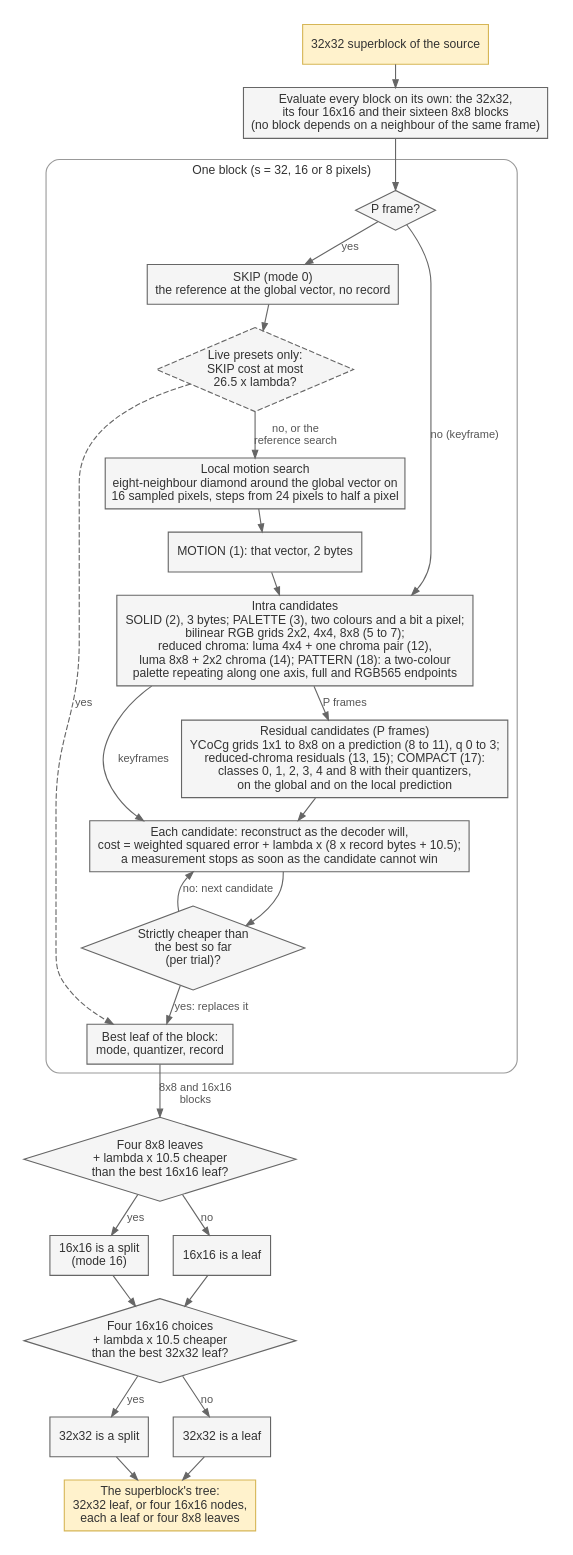
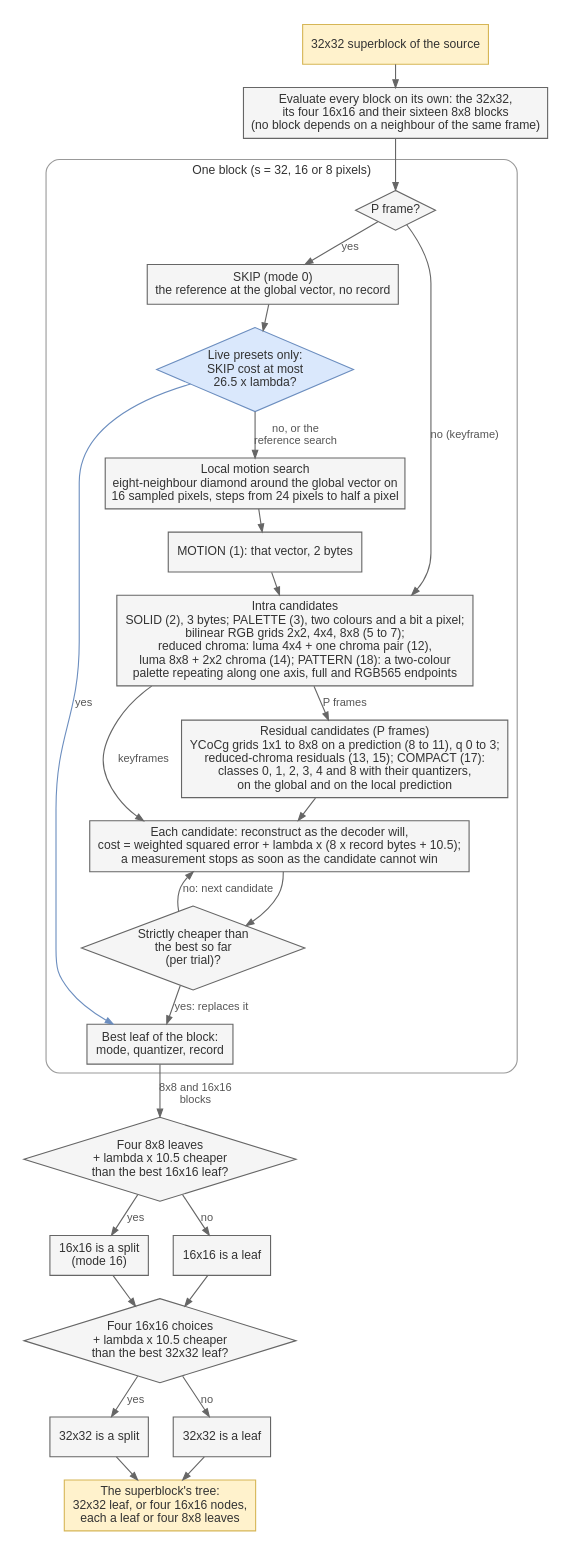
One commit to PulseBeat02/mcav changed the diagram in docs/mcv2/figures/blocktree.dot. Above: the diagram before and after it, drawn with Graphviz. The commit also changed 2 other files, not shown here.

Commit message:
MCV2 charts: dashes mean only "not verified on a vanilla client"
The block-tree chart drew the live presets' early SKIP dashed, the style the
decode chart keeps for what is unproven on a vanilla client. It is now a blue
decision, labelled and captioned as the live presets' own.

```diff
--- a/docs/mcv2/figures/blocktree.dot
+++ b/docs/mcv2/figures/blocktree.dot
@@ -1,62 +1,62 @@
 // Figure: how one 32x32 superblock arrives at its tree, and how each block of it arrives at one leaf mode.
 // BlockCoder.evaluate (the candidates, in the reference's order) and Mcv2Encoder.select (the tree, bottom up).
 digraph blocktree {
   rankdir=TB;
   bgcolor="white";
   pad=0.2;
   nodesep=0.3;
   ranksep=0.28;
   newrank=true;
   node [shape=box, style=filled, fillcolor="#f5f5f5", color="#666666", fontname="Arial", fontsize=11, fontcolor="#333333", margin="0.12,0.07"];
   edge [color="#666666", arrowsize=0.7, fontname="Arial", fontsize=10, fontcolor="#555555"];
 
   superblock [label="32x32 superblock of the source", fillcolor="#fff2cc", color="#d6b656"];
   levels [label="Evaluate every block on its own: the 32x32,\nits four 16x16 and their sixteen 8x8 blocks\n(no block depends on a neighbour of the same frame)"];
 
   subgraph cluster_block {
     label="One block (s = 32, 16 or 8 pixels)";
     fontname="Arial"; fontsize=11; fontcolor="#333333";
     style="rounded"; color="#999999";
     pframe [shape=diamond, label="P frame?", margin="0.02,0.02"];
     skip [label="SKIP (mode 0)\nthe reference at the global vector, no record"];
-    earlyskip [shape=diamond, label="Live presets only:\nSKIP cost at most\n26.5 x lambda?", margin="0.02,0.02", style="filled,dashed"];
+    earlyskip [shape=diamond, label="Live presets only:\nSKIP cost at most\n26.5 x lambda?", margin="0.02,0.02", fillcolor="#dae8fc", color="#6c8ebf"];
     local [label="Local motion search\neight-neighbour diamond around the global vector on\n16 sampled pixels, steps from 24 pixels to half a pixel"];
     motion [label="MOTION (1): that vector, 2 bytes"];
     intra [label="Intra candidates\nSOLID (2), 3 bytes; PALETTE (3), two colours and a bit a pixel;\nbilinear RGB grids 2x2, 4x4, 8x8 (5 to 7);\nreduced chroma: luma 4x4 + one chroma pair (12),\nluma 8x8 + 2x2 chroma (14); PATTERN (18): a two-colour\npalette repeating along one axis, full and RGB565 endpoints"];
     residual [label="Residual candidates (P frames)\nYCoCg grids 1x1 to 8x8 on a prediction (8 to 11), q 0 to 3;\nreduced-chroma residuals (13, 15); COMPACT (17):\nclasses 0, 1, 2, 3, 4 and 8 with their quantizers,\non the global and on the local prediction"];
     score [label="Each candidate: reconstruct as the decoder will,\ncost = weighted squared error + lambda x (8 x record bytes + 10.5);\na measurement stops as soon as the candidate cannot win"];
     best [shape=diamond, label="Strictly cheaper than\nthe best so far\n(per trial)?", margin="0.02,0.02"];
     leaf [label="Best leaf of the block:\nmode, quantizer, record"];
   }
 
   split16 [shape=diamond, label="Four 8x8 leaves\n+ lambda x 10.5 cheaper\nthan the best 16x16 leaf?", margin="0.02,0.02"];
   split32 [shape=diamond, label="Four 16x16 choices\n+ lambda x 10.5 cheaper\nthan the best 32x32 leaf?", margin="0.02,0.02"];
   node16s [label="16x16 is a split\n(mode 16)"];
   leaf16 [label="16x16 is a leaf"];
   node32s [label="32x32 is a split"];
   leaf32 [label="32x32 is a leaf"];
   result [label="The superblock's tree:\n32x32 leaf, or four 16x16 nodes,\neach a leaf or four 8x8 leaves", fillcolor="#fff2cc", color="#d6b656"];
 
   superblock -> levels -> pframe;
   pframe -> skip [label="yes"];
   pframe -> intra [label="no (keyframe)"];
   skip -> earlyskip;
-  earlyskip -> leaf [label="yes", style=dashed];
+  earlyskip -> leaf [label="yes", color="#6c8ebf"];
   earlyskip -> local [label="no, or the\nreference search"];
   local -> motion -> intra;
   intra -> residual [label="P frames"];
   residual -> score;
   intra -> score [label="keyframes"];
   score -> best;
   best -> leaf [label="yes: replaces it"];
   best -> score [label="no: next candidate"];
   leaf -> split16 [label="8x8 and 16x16\nblocks"];
   split16 -> node16s [label="yes"];
   split16 -> leaf16 [label="no"];
   node16s -> split32;
   leaf16 -> split32;
   split32 -> node32s [label="yes"];
   split32 -> leaf32 [label="no"];
   node32s -> result;
   leaf32 -> result;
 }
```
